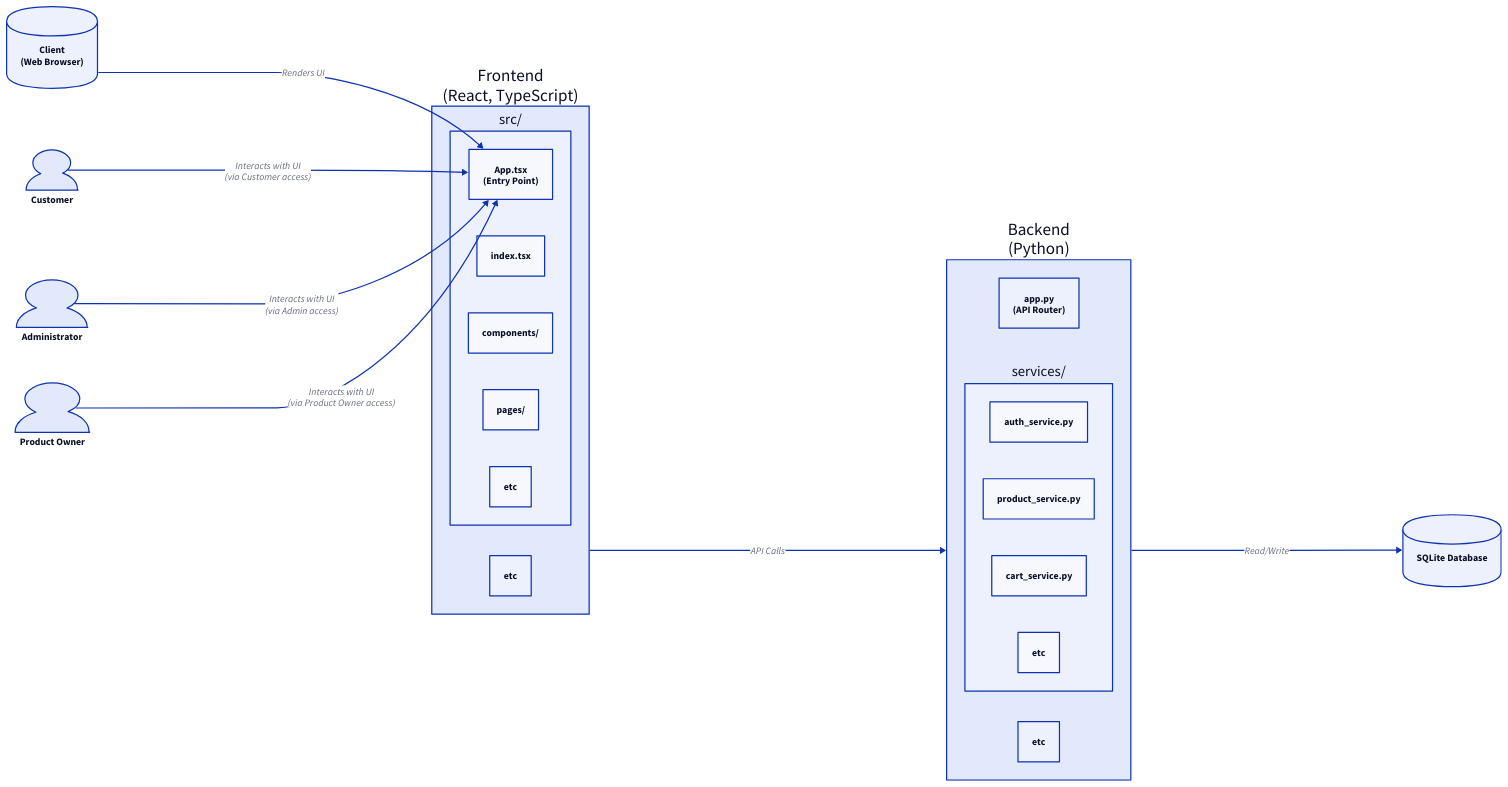
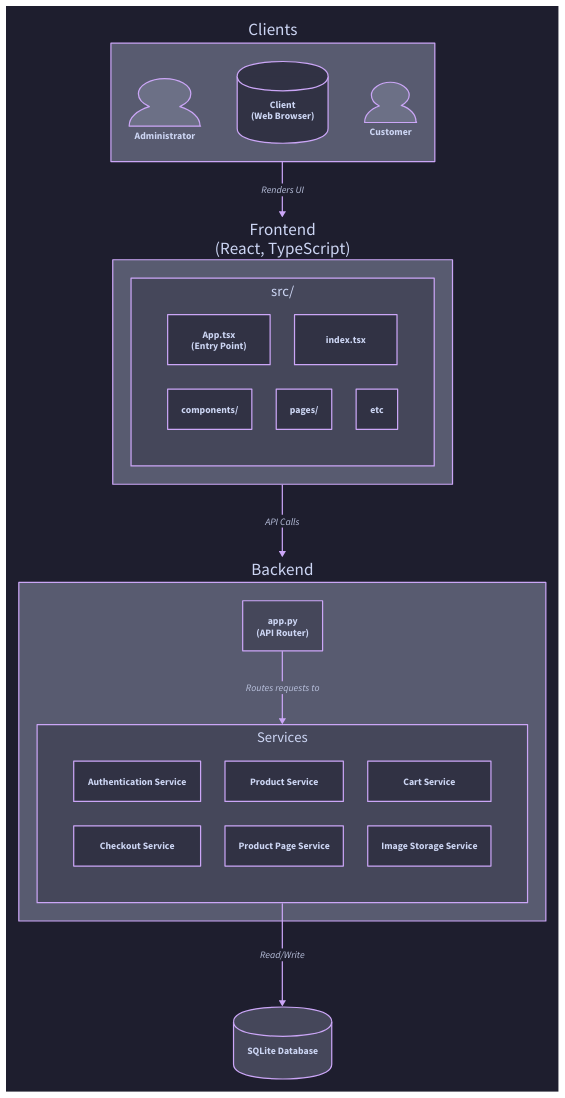
One commit to phobost/SWE-Shopping-App changed the diagram in docs/Architecture.d2. Above: the diagram before and after it, drawn with D2.

Commit message:
docs: update Architecture

```diff
--- a/docs/Architecture.d2
+++ b/docs/Architecture.d2
@@ -1,70 +1,67 @@
-direction: right
-
-Client: {
-  label: "Client\n(Web Browser)"
-  shape: cylinder
+vars: {
+  d2-config: {
+    # layout-engine: elk
+    theme-id: 200
+  }
 }
 
-User: {
-  label: "Customer"
-  shape: person
-}
+Clients: {
+  Admin: {
+    label: "Administrator"
+    shape: person
+  }
 
-Admin: {
-  label: "Administrator"
-  shape: person
-}
+  Client: {
+    label: "Client\n(Web Browser)"
+    shape: cylinder
+  }
 
-ProductOwner: {
-  label: "Product Owner"
-  shape: person
+  User: {
+    label: "Customer"
+    shape: person
+  }
 }
 
 Frontend: {
   shape: rectangle
   label: "Frontend\n(React, TypeScript)"
 
   "src/": {
+    grid-rows: 2
     "App.tsx": {
       label: "App.tsx\n(Entry Point)"
     }
     "index.tsx"
     "components/"
     "pages/"
     etc
   }
-  etc
 }
 
-Backend: {
-  shape: rectangle
-  label: "Backend\n(Python)"
+Backend: Backend {
+  # grid-columns: 1
+  Router: app.py\n(API Router)
 
-  "app.py": {
-    label: "app.py\n(API Router)"
-    shape: rectangle
+  Router -> Services: Routes requests to
+
+  Services: {
+    grid-rows: 2
+    grid-columns: 3
+    Authentication Service
+    Product Service
+    Cart Service
+    Checkout Service
+    Product Page Service
+    Image Storage Service
   }
-
-  "services/": {
-    "auth_service.py"
-    "product_service.py"
-    "cart_service.py"
-    etc
-  }
-  etc
 }
 
-Database: {
-  label: "SQLite Database"
+Database: SQLite Database {
   shape: cylinder
 }
 
-# Connections
-Client -> Frontend."src/"."App.tsx": "Renders UI"
-
-User -> Frontend."src/"."App.tsx": "Interacts with UI\n(via Customer access)"
-Admin -> Frontend."src/"."App.tsx": "Interacts with UI\n(via Admin access)"
-ProductOwner -> Frontend."src/"."App.tsx": "Interacts with UI\n(via Product Owner access)"
+# Primary Connections
+Clients -> Frontend: "Renders UI"
 
 Frontend -> Backend: "API Calls"
-Backend -> Database: "Read/Write"
+Backend.Services -> Database: "Read/Write"
```
